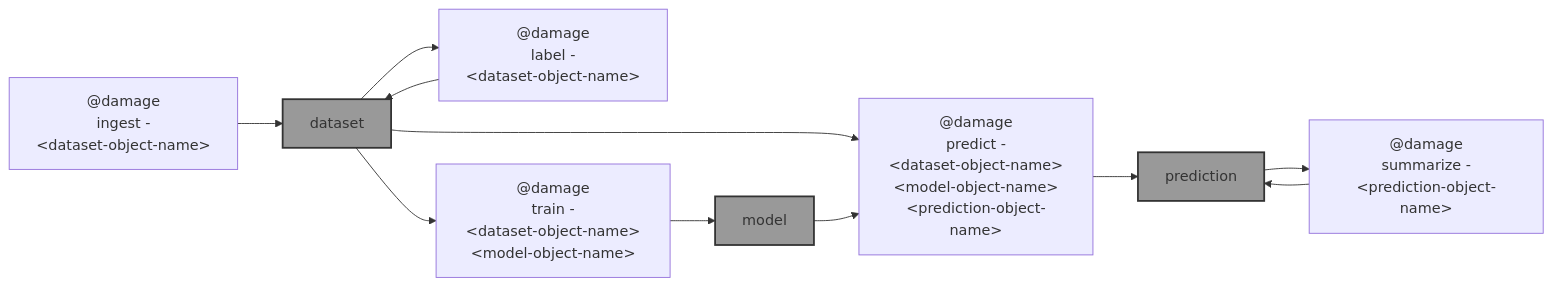
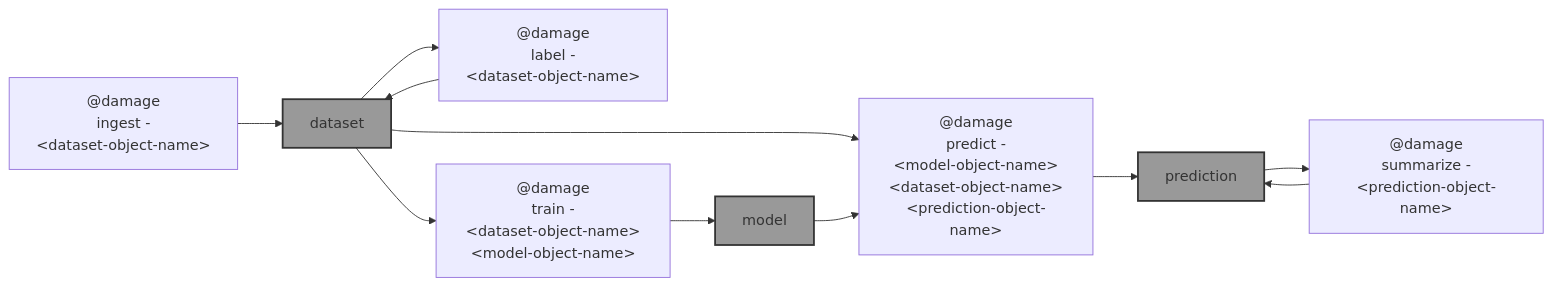
The diagram in blue_sandbox/microsoft_building_damage_assessment/README.md (kamangir/blue-sandbox), drawn with Mermaid before and after one commit. The commit also changed 3 other files, not shown here.

````diff
--- a/blue_sandbox/microsoft_building_damage_assessment/README.md
+++ b/blue_sandbox/microsoft_building_damage_assessment/README.md
@@ -14,29 +14,29 @@
 ```mermaid
 graph LR
     ingest["@damage<br>ingest -<br>&lt;dataset-object-name&gt;"]
     label["@damage<br>label -<br>&lt;dataset-object-name&gt;"]
     train["@damage<br>train -<br>&lt;dataset-object-name&gt;&lt;model-object-name&gt;"]
-    predict["@damage<br>predict -<br>&lt;dataset-object-name&gt;&lt;model-object-name&gt;&lt;prediction-object-name&gt;"]
+    predict["@damage<br>predict -<br>&lt;model-object-name&gt;&lt;dataset-object-name&gt;&lt;prediction-object-name&gt;"]
     summarize["@damage<br>summarize -<br>&lt;prediction-object-name&gt;"]
 
     dataset["dataset"]:::folder
     model["model"]:::folder
     prediction["prediction"]:::folder
 
     ingest --> dataset
 
     dataset --> label
     label --> dataset
 
     dataset --> train
     train --> model
 
     dataset --> predict
     model --> predict
     predict --> prediction
 
     prediction --> summarize
     summarize --> prediction
 
     classDef folder fill:#999,stroke:#333,stroke-width:2px;
 ```
````
